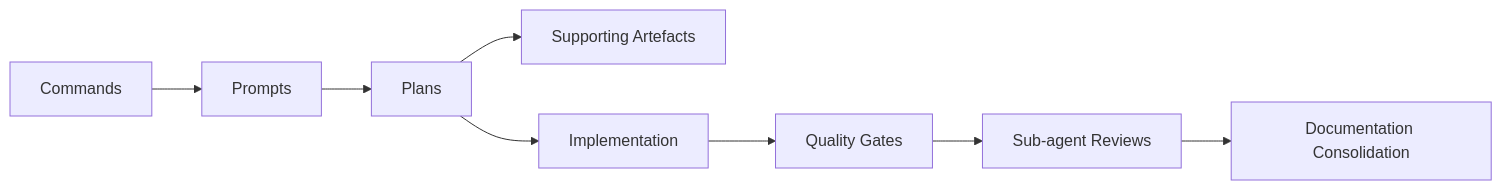
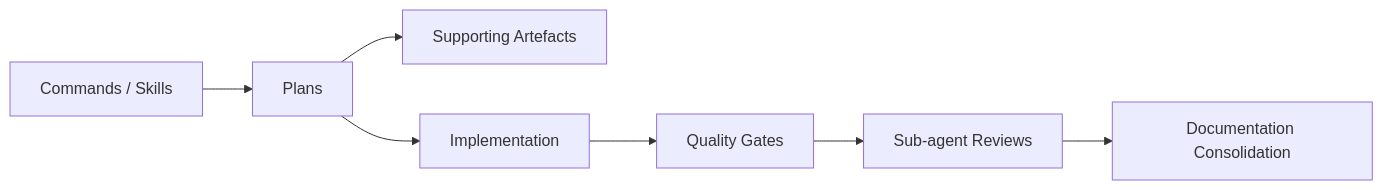
The third of 3 diagrams in .agent/practice-core/practice.md (oaknational/oak-open-curriculum-ecosystem), drawn with Mermaid before and after one commit. The commit also changed other lines of this file and 715 other files, not shown here.

First line of the commit message:
chore: consolidate planning artefacts and stabilise search-cli ingestion flow (#68)

````diff
--- a/.agent/practice-core/practice.md
+++ b/.agent/practice-core/practice.md
@@ -161,10 +197,9 @@
 ```mermaid
 graph LR
-    CMD[Commands] --> PROMPT[Prompts]
-    PROMPT --> PLAN[Plans]
+    CMD[Commands / Skills] --> PLAN[Plans]
     PLAN --> SUPP[Supporting Artefacts]
     PLAN --> WORK[Implementation]
     WORK --> QG[Quality Gates]
     QG --> REVIEW[Sub-agent Reviews]
     REVIEW --> CONSOL[Documentation Consolidation]
 ```
````
